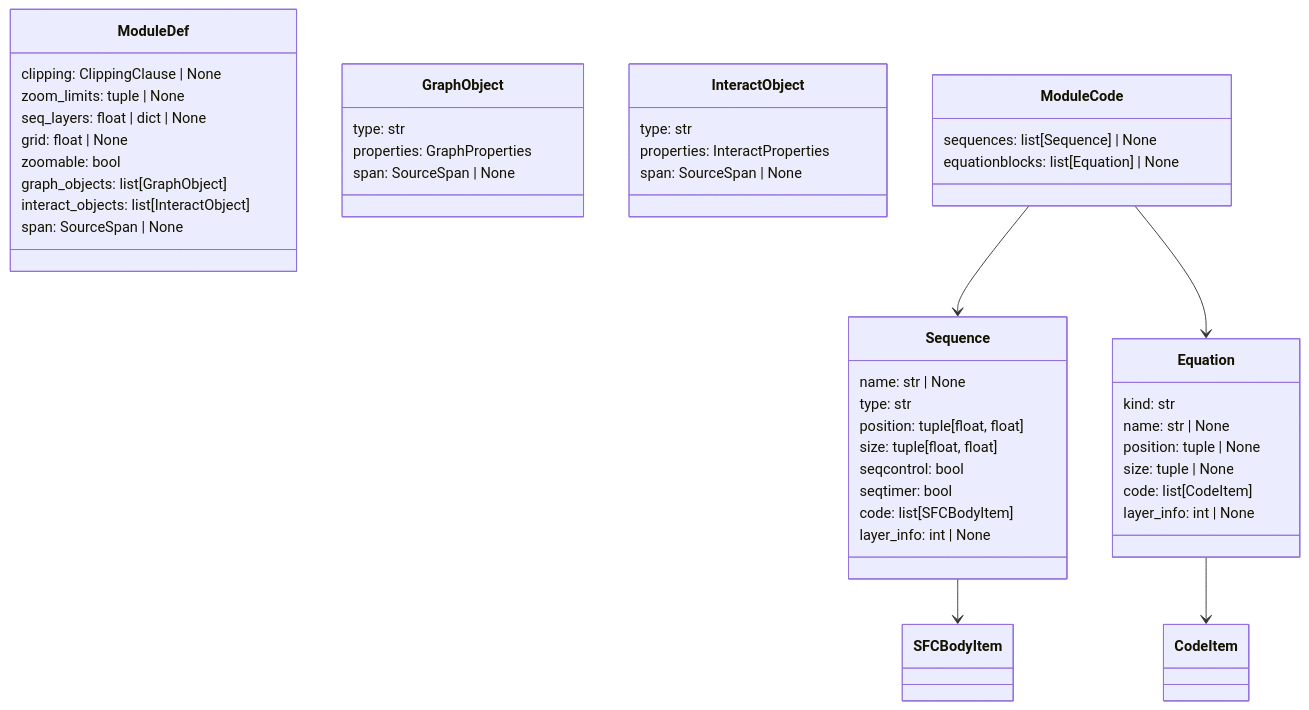
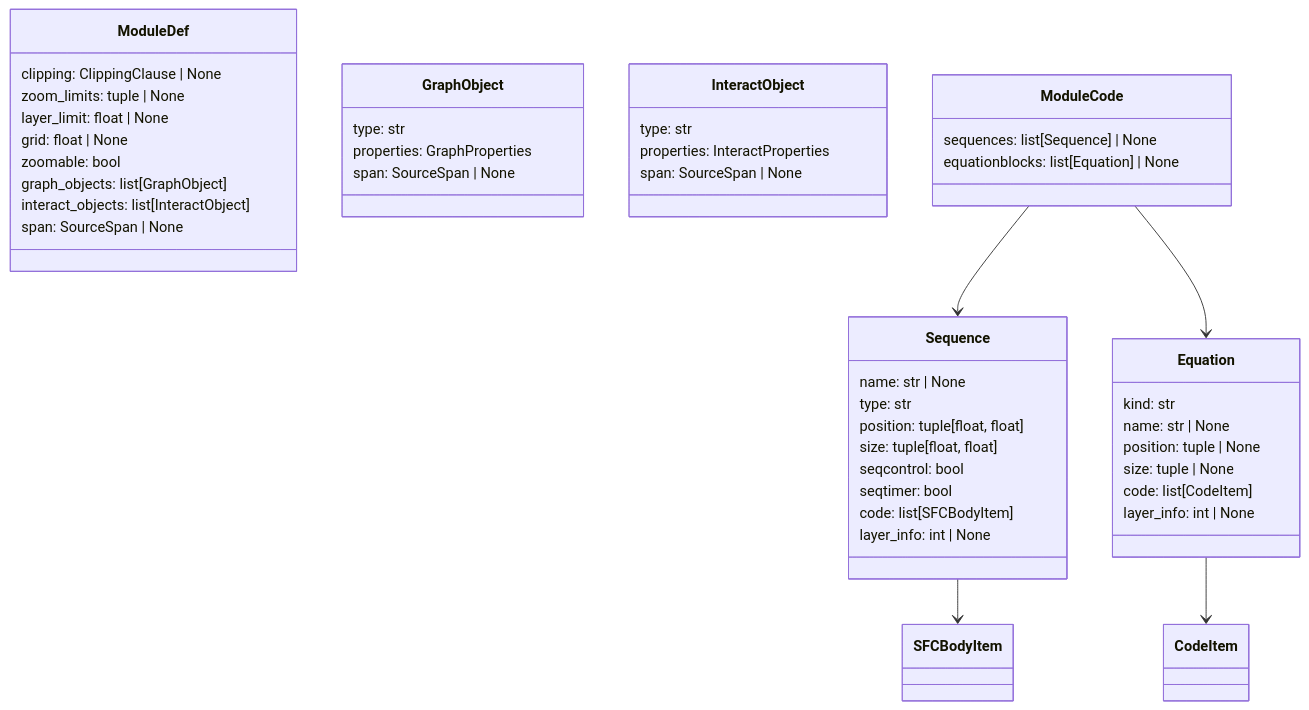
The third of 6 diagrams in docs/ast.md (SorenHJohansen/sattline-parser), drawn with Mermaid before and after one commit. The commit also changed other lines of this file and 22 other files, not shown here.

First line of the commit message:
fix: shadow same-named libraries and name the module layer limit

````diff
--- a/docs/ast.md
+++ b/docs/ast.md
@@ -230,55 +230,55 @@
 ```mermaid
 classDiagram
     class ModuleDef {
         clipping: ClippingClause | None
         zoom_limits: tuple | None
-        seq_layers: float | dict | None
+        layer_limit: float | None
         grid: float | None
         zoomable: bool
         graph_objects: list[GraphObject]
         interact_objects: list[InteractObject]
         span: SourceSpan | None
     }
 
     class GraphObject {
         type: str
         properties: GraphProperties
         span: SourceSpan | None
     }
 
     class InteractObject {
         type: str
         properties: InteractProperties
         span: SourceSpan | None
     }
 
     class ModuleCode {
         sequences: list[Sequence] | None
         equationblocks: list[Equation] | None
     }
 
     class Sequence {
         name: str | None
         type: str
         position: tuple[float, float]
         size: tuple[float, float]
         seqcontrol: bool
         seqtimer: bool
         code: list[SFCBodyItem]
         layer_info: int | None
     }
 
     class Equation {
         kind: str
         name: str | None
         position: tuple | None
         size: tuple | None
         code: list[CodeItem]
         layer_info: int | None
     }
 
     ModuleCode --> Sequence
     ModuleCode --> Equation
     Sequence --> SFCBodyItem
     Equation --> CodeItem
 ```
````
